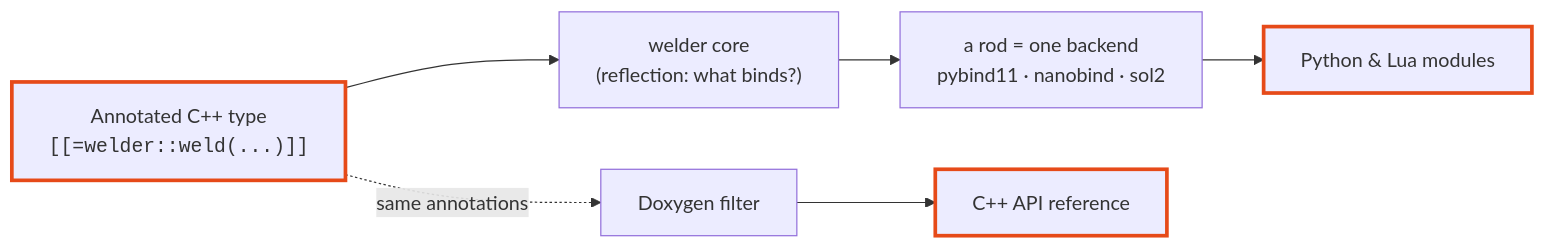
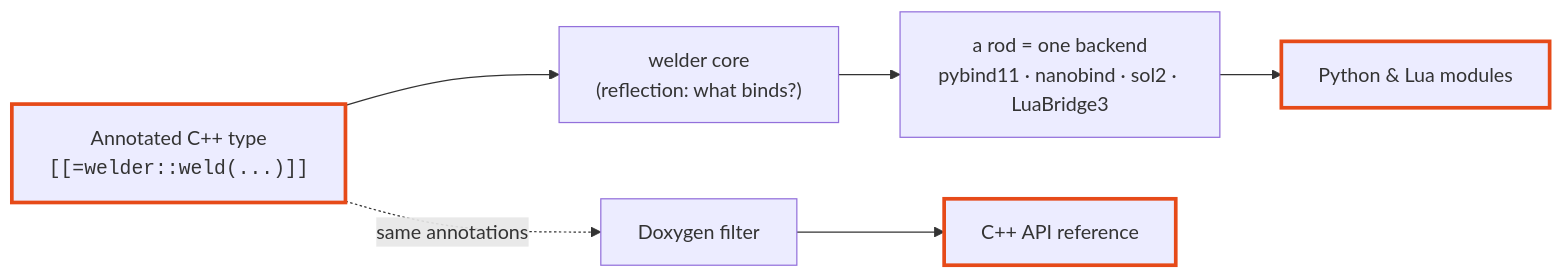
The diagram in docs/content/index.md (skarndev/welder), drawn with Mermaid before and after one commit. The commit also changed other lines of this file and 25 other files, not shown here.

````diff
--- a/docs/content/index.md
+++ b/docs/content/index.md
@@ -128,11 +128,11 @@
 ```mermaid
 flowchart LR
     A["Annotated C++ type<br/><code>[[=welder::weld(...)]]</code>"] --> B["welder core<br/>(reflection: what binds?)"]
-    B --> C["a rod = one backend<br/>pybind11 · nanobind · sol2"]
+    B --> C["a rod = one backend<br/>pybind11 · nanobind · sol2 · LuaBridge3"]
     C --> D["Python & Lua modules"]
     A -.same annotations.-> E["Doxygen filter"]
     E --> F["C++ API reference"]
     style A stroke:#e64a19,stroke-width:3px
     style D stroke:#e64a19,stroke-width:3px
     style F stroke:#e64a19,stroke-width:3px
 ```
````
